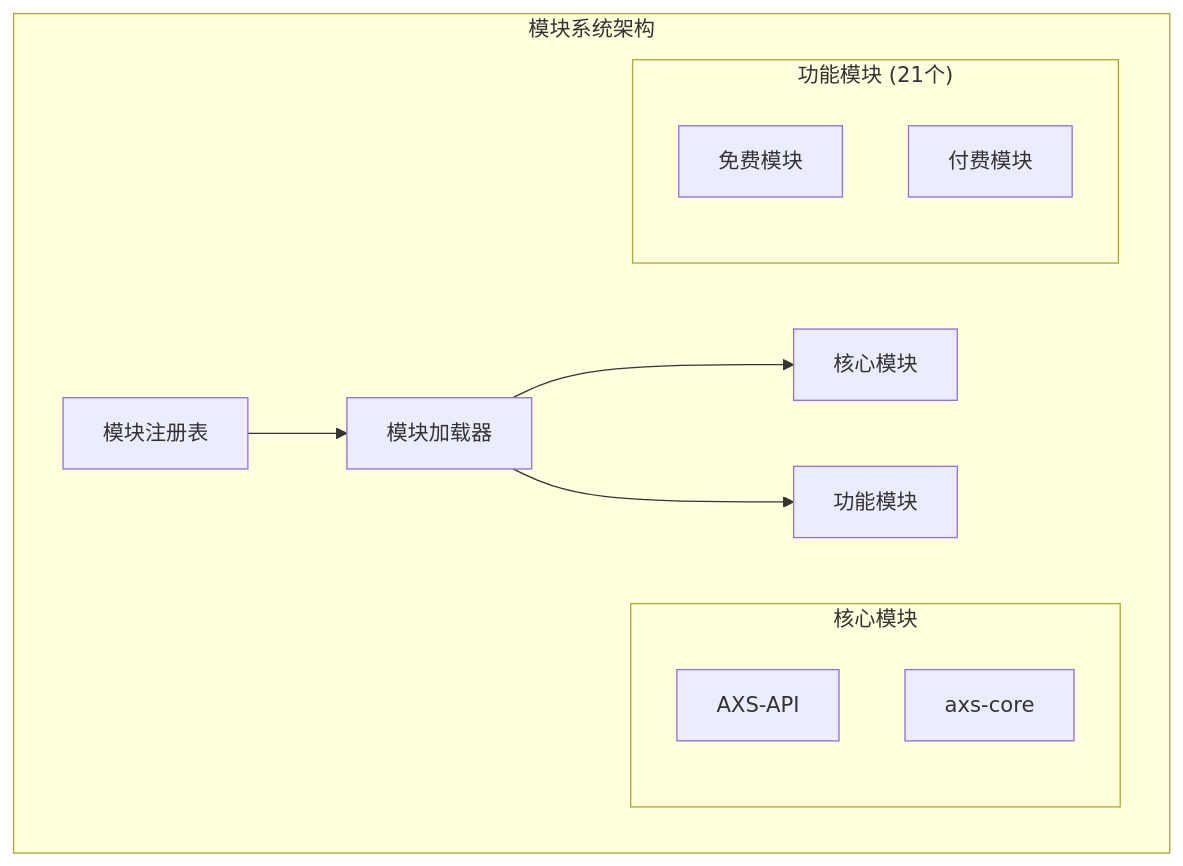
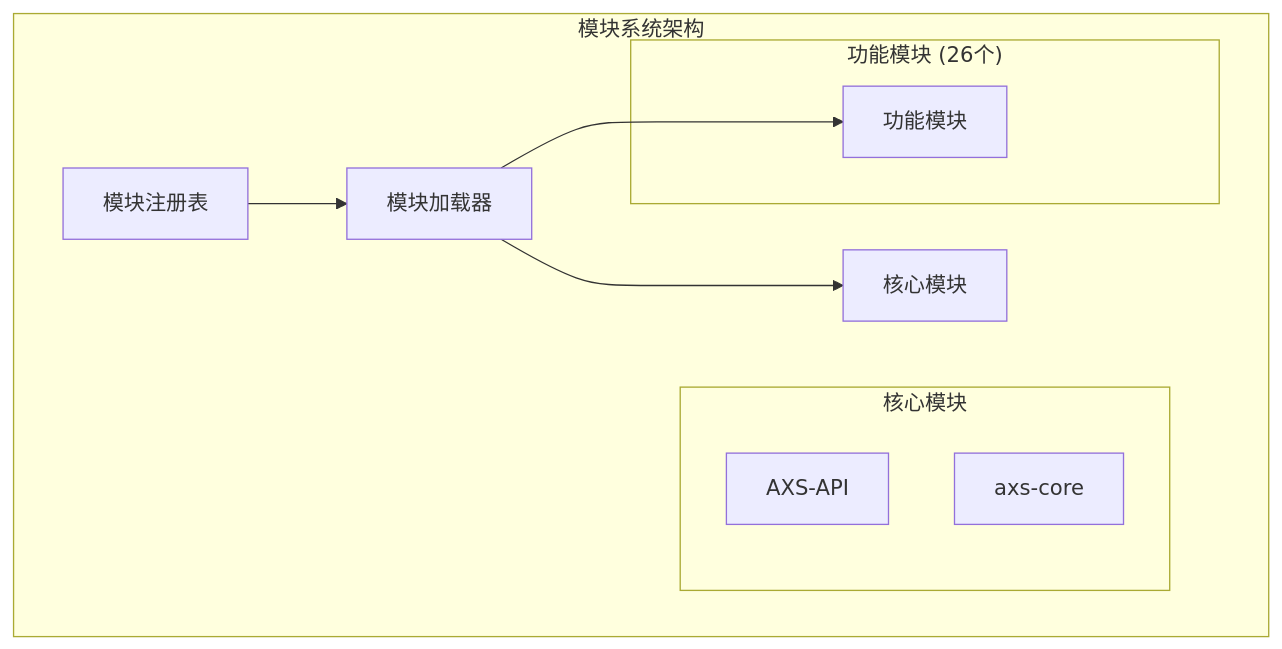
One commit to ArcartX-Suite/ArcartXSuite-Wiki changed the second of 3 diagrams in docs/architecture/system-architecture.md. Above: the diagram before and after it, drawn with Mermaid. The commit also changed other lines of this file and 10 other files, not shown here.

````diff
--- a/docs/architecture/system-architecture.md
+++ b/docs/architecture/system-architecture.md
@@ -105,23 +104,22 @@
 ```mermaid
 graph TB
     subgraph "模块系统架构"
         Registry[模块注册表]
         Loader[模块加载器]
         Core[核心模块]
         Modules[功能模块]
         
         Registry --> Loader
         Loader --> Core
         Loader --> Modules
         
         subgraph "核心模块"
             API[AXS-API]
             CoreJar[axs-core]
         end
         
-        subgraph "功能模块 (21个)"
-            Free[免费模块]
-            Paid[付费模块]
+        subgraph "功能模块 (26个)"
+            Modules[功能模块]
         end
     end
 ```
````
